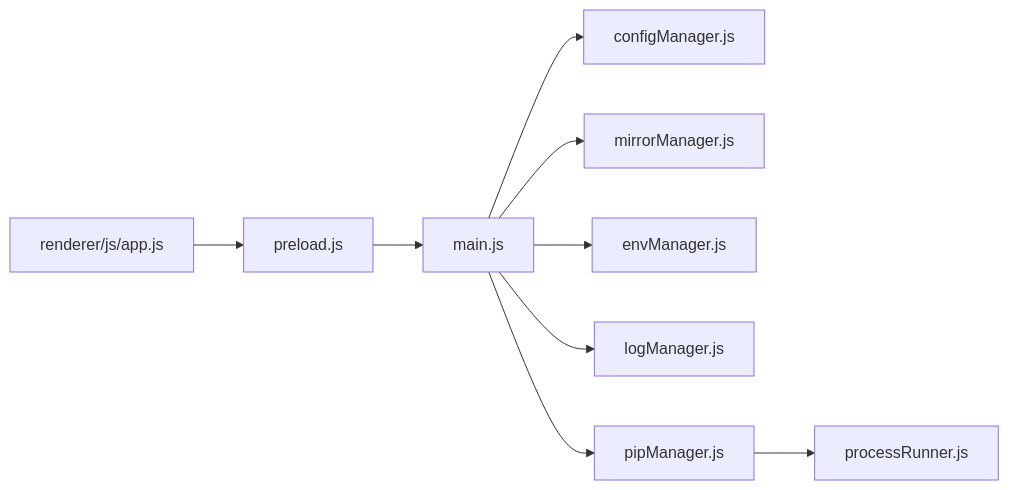
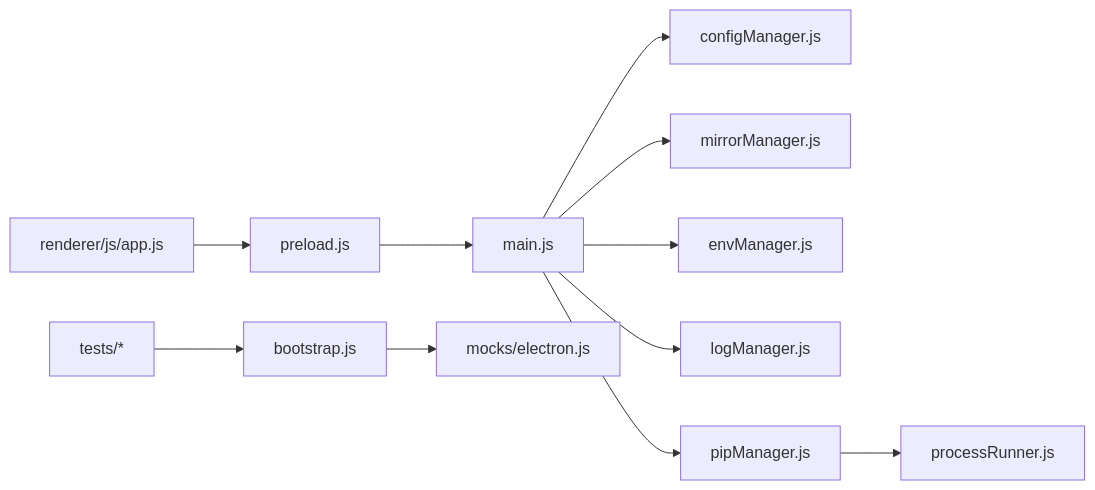
The eighth of 8 diagrams in docs/zh/content/开发指南.md (SoftheartedYYC/PyLibMaster), drawn with Mermaid before and after one commit. The commit also changed other lines of this file and 72 other files, not shown here.

````diff
--- a/docs/zh/content/开发指南.md
+++ b/docs/zh/content/开发指南.md
@@ -369,11 +525,13 @@
 ```mermaid
 graph LR
 Main["main.js"] --> CFG["configManager.js"]
 Main --> MIR["mirrorManager.js"]
 Main --> ENV["envManager.js"]
 Main --> LOG["logManager.js"]
 Main --> PIP["pipManager.js"]
 PIP --> PR["processRunner.js"]
 UI["renderer/js/app.js"] --> Pre["preload.js"]
 Pre --> Main
+Test["tests/*"] --> Bootstrap["bootstrap.js"]
+Bootstrap --> Mock["mocks/electron.js"]
 ```
````
